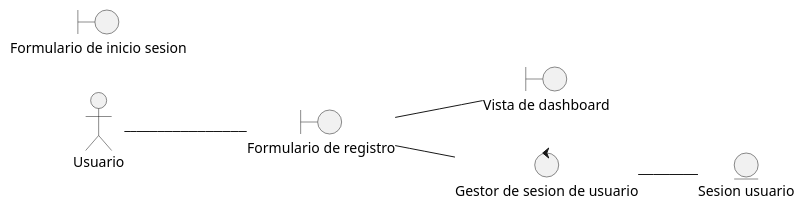
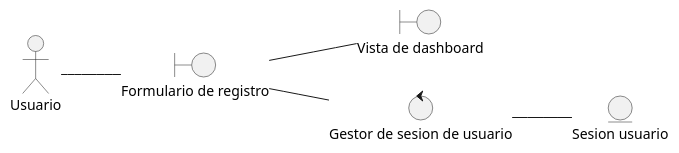
One commit to Samantha-Ramirez/ProyectoEquipo7ING changed the diagram in docs/scenariosView/DisciplinaDeAnalisisDiagramaDeClaseRegistrarse.plantUML. Above: the diagram before and after it, drawn with PlantUML. The commit also changed 11 other files, not shown here.

```diff
--- a/docs/scenariosView/DisciplinaDeAnalisisDiagramaDeClaseRegistrarse.plantUML
+++ b/docs/scenariosView/DisciplinaDeAnalisisDiagramaDeClaseRegistrarse.plantUML
@@ -1,21 +1,20 @@
 @startuml DisciplinaDeAnalisisDiagramaDeClaseRegistrarse
 
 left to right direction
 
 actor "Usuario" as actorUsuario
 
 entity "Sesion usuario" as entidadSesionUsuario
 
 boundary "Formulario de registro" as vistaRegistrarse
-boundary "Formulario de inicio sesion" as vistaInicioSesion
 boundary "Vista de dashboard" as vistaDashboard
 
 control "Gestor de sesion de usuario" as ctrlGestorSesion
 
 actorUsuario -- vistaRegistrarse
 vistaRegistrarse -- ctrlGestorSesion
 ctrlGestorSesion -- entidadSesionUsuario
 
 vistaRegistrarse -- vistaDashboard
 
 @enduml
```
